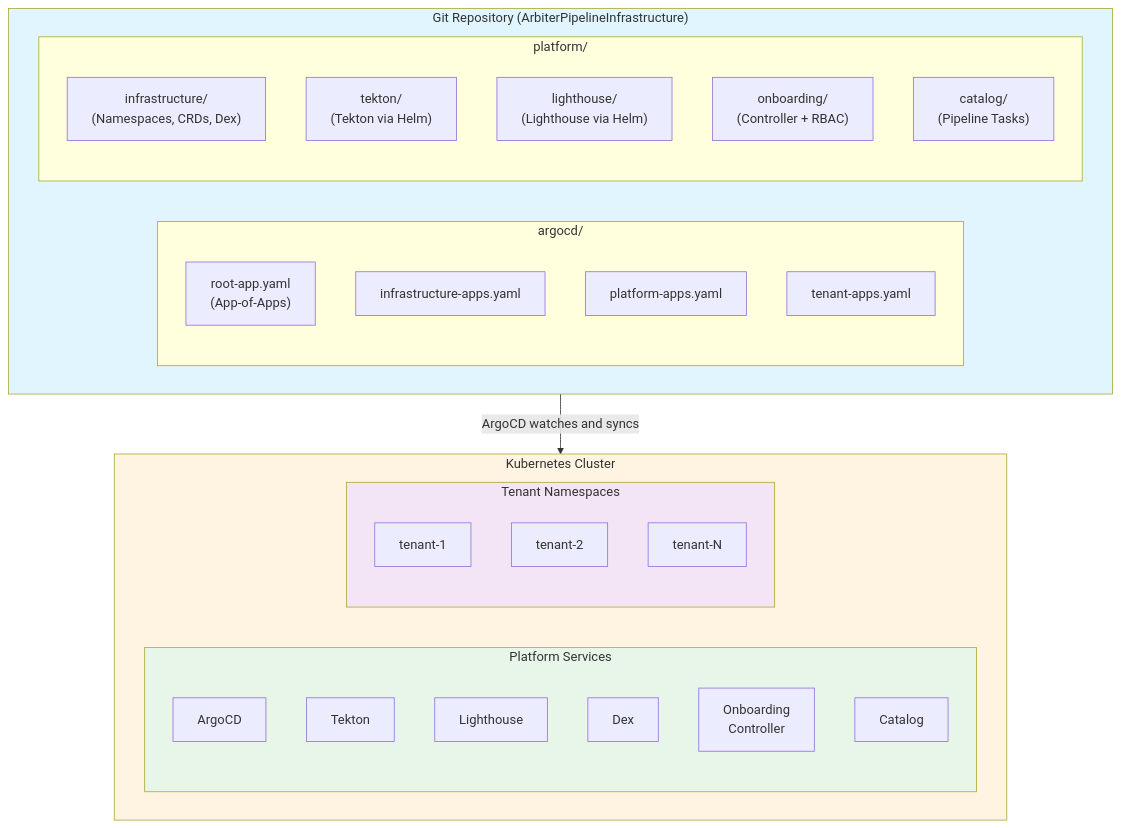
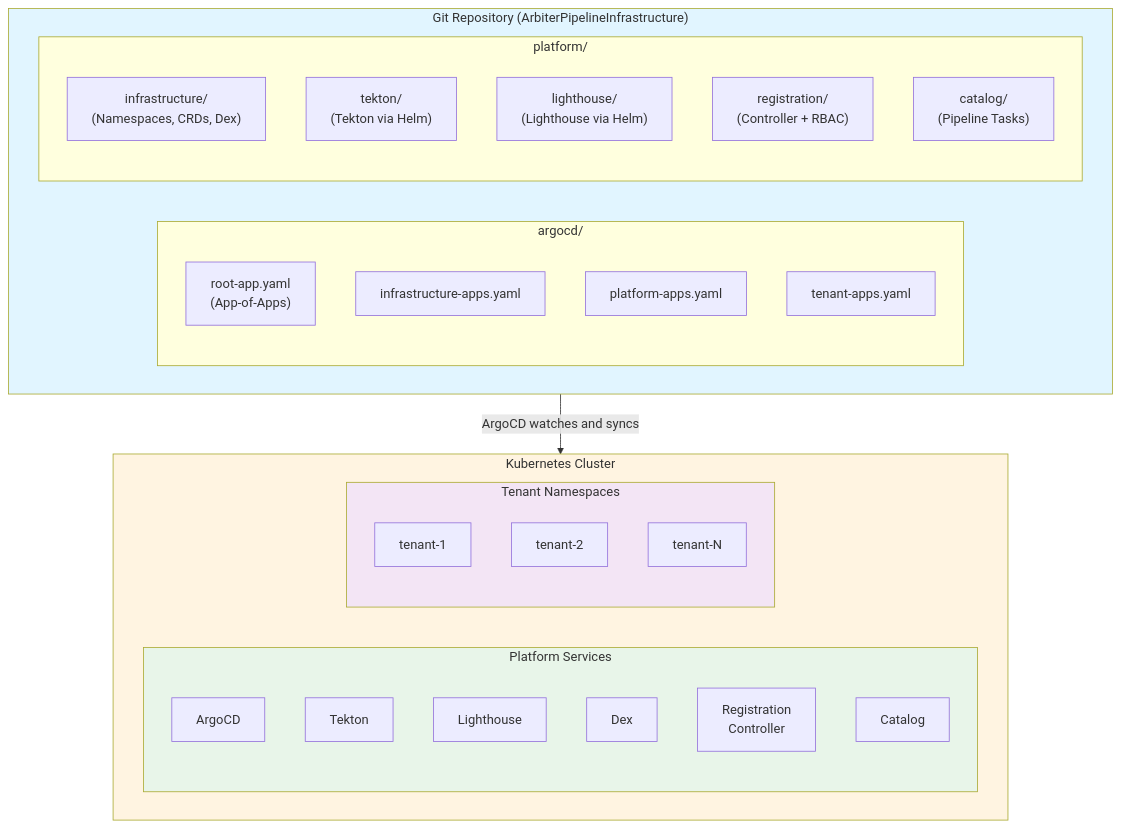
One commit to bdchatham/AphexPlatformInfrastructure changed the second of 4 diagrams in .kiro/specs/jenkinsx-gitops-platform/design.md. Above: the diagram before and after it, drawn with Mermaid. The commit also changed other lines of this file and 1 other file, not shown here.

````diff
--- a/.kiro/specs/jenkinsx-gitops-platform/design.md
+++ b/.kiro/specs/jenkinsx-gitops-platform/design.md
@@ -46,43 +46,43 @@
 ```mermaid
 graph TB
     subgraph Git["Git Repository (ArbiterPipelineInfrastructure)"]
         subgraph ArgoCD_Manifests["argocd/"]
             RootApp["root-app.yaml<br/>(App-of-Apps)"]
             InfraApps["infrastructure-apps.yaml"]
             PlatformApps["platform-apps.yaml"]
             TenantApps["tenant-apps.yaml"]
         end
         
         subgraph Platform_Manifests["platform/"]
             Infra["infrastructure/<br/>(Namespaces, CRDs, Dex)"]
             Tekton["tekton/<br/>(Tekton via Helm)"]
             Lighthouse["lighthouse/<br/>(Lighthouse via Helm)"]
-            Onboarding["onboarding/<br/>(Controller + RBAC)"]
+            Registration["registration/<br/>(Controller + RBAC)"]
             Catalog["catalog/<br/>(Pipeline Tasks)"]
         end
     end
     
     Git -->|ArgoCD watches and syncs| Cluster
     
     subgraph Cluster["Kubernetes Cluster"]
         subgraph Platform_Services["Platform Services"]
             ArgoCDSvc["ArgoCD"]
             TektonSvc["Tekton"]
             LighthouseSvc["Lighthouse"]
             DexSvc["Dex"]
-            OnboardingSvc["Onboarding<br/>Controller"]
+            RegistrationSvc["Registration<br/>Controller"]
             CatalogSvc["Catalog"]
         end
         
         subgraph Tenants["Tenant Namespaces"]
             Tenant1["tenant-1"]
             Tenant2["tenant-2"]
             TenantN["tenant-N"]
         end
     end
     
     style Git fill:#e1f5ff
     style Cluster fill:#fff4e1
     style Platform_Services fill:#e8f5e9
     style Tenants fill:#f3e5f5
 ```
````
